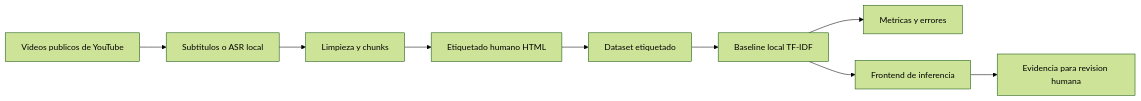
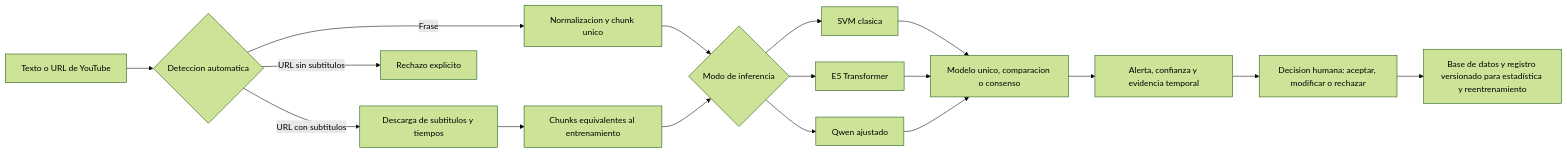
Before and after one commit to lkoc/Trabajo_PLN-MIA-Grupo4: the diagram in Documento_final_paper/figuras/arquitectura_sistema.md, drawn with Mermaid (forest theme). The commit also changed other lines of this file and 229 other files, not shown here.

````diff
--- a/Documento_final_paper/figuras/arquitectura_sistema.md
+++ b/Documento_final_paper/figuras/arquitectura_sistema.md
@@ -5,11 +5,19 @@
 ```mermaid
 flowchart LR
-  A[Videos publicos de YouTube] --> B[Subtitulos o ASR local]
-  B --> C[Limpieza y chunks]
-  C --> D[Etiquetado humano HTML]
-  D --> E[Dataset etiquetado]
-  E --> F[Baseline local TF-IDF]
-  F --> G[Metricas y errores]
-  F --> H[Frontend de inferencia]
-  H --> I[Evidencia para revision humana]
+  A[Texto o URL de YouTube] --> B{Deteccion automatica}
+  B -->|Frase| C[Normalizacion y chunk unico]
+  B -->|URL con subtitulos| D[Descarga de subtitulos y tiempos]
+  B -->|URL sin subtitulos| X[Rechazo explicito]
+  D --> E[Chunks equivalentes al entrenamiento]
+  C --> F{Modo de inferencia}
+  E --> F
+  F --> G[SVM clasica]
+  F --> H[E5 Transformer]
+  F --> I[Qwen ajustado]
+  G --> J[Modelo unico, comparacion o consenso]
+  H --> J
+  I --> J
+  J --> K[Alerta, confianza y evidencia temporal]
+  K --> L[Decision humana: aceptar, modificar o rechazar]
+  L --> M[Base de datos y registro versionado para estadística y reentrenamiento]
 ```
````
